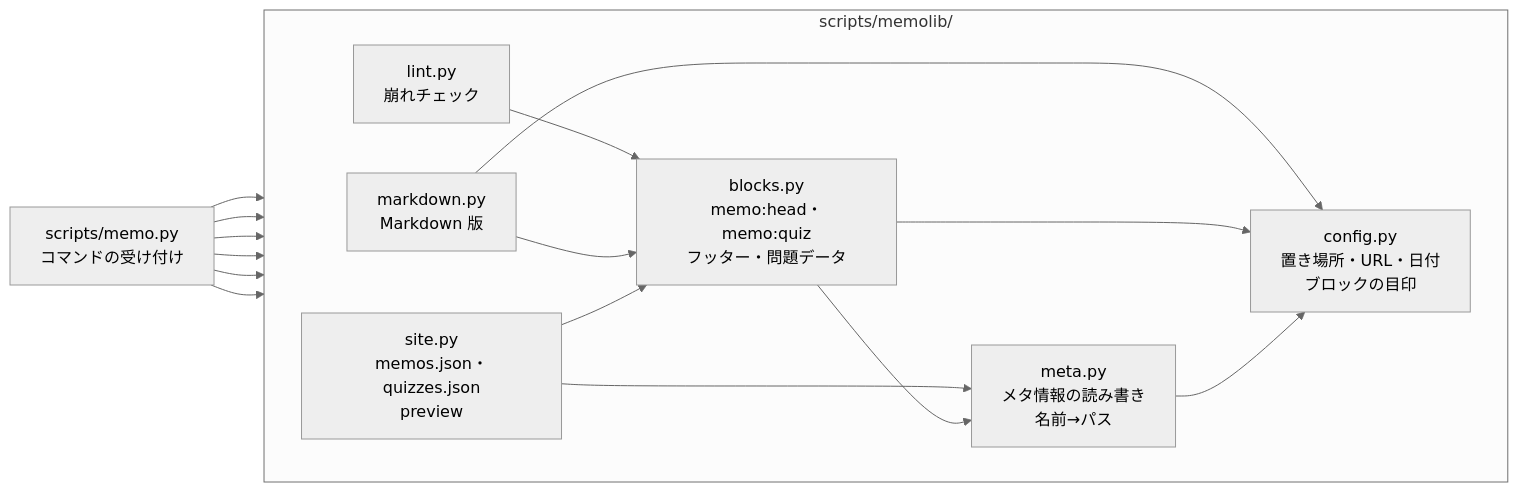
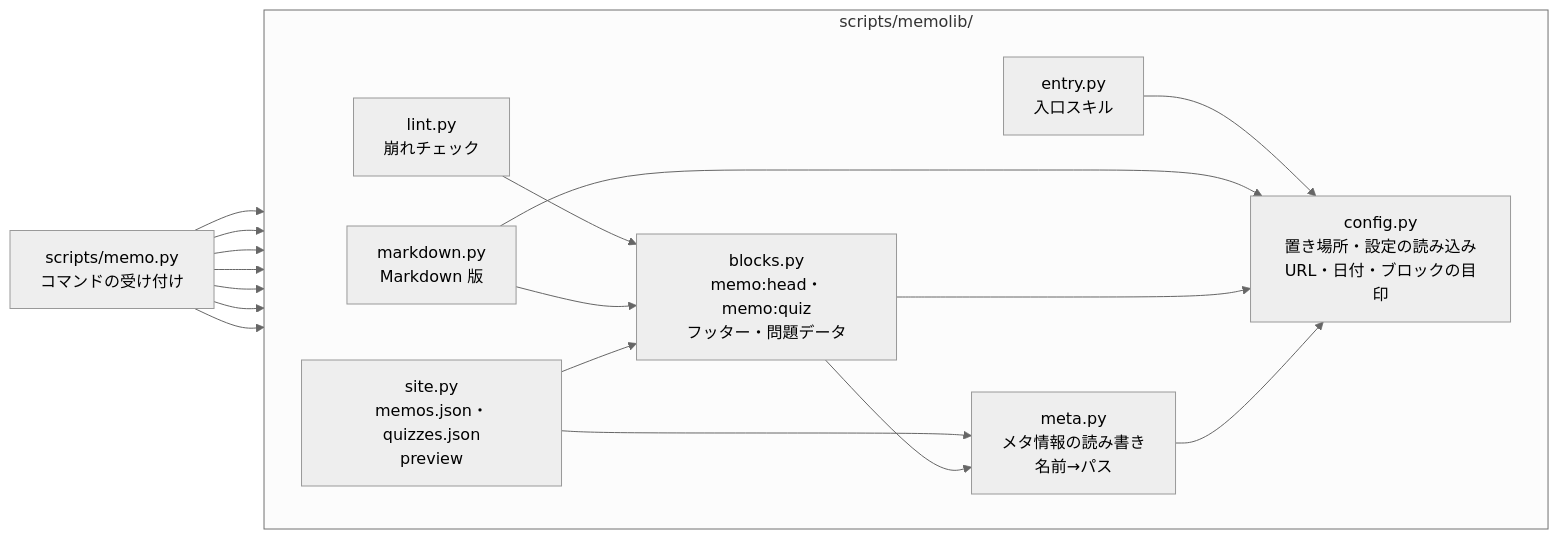
The eighth of 8 diagrams in memo-detail.md (taka1156/memo), drawn with Mermaid (neutral theme) before and after one commit. The commit also changed other lines of this file and 24 other files, not shown here.

````diff
--- a/memo-detail.md
+++ b/memo-detail.md
@@ -376,22 +419,24 @@
 ```mermaid
 flowchart LR
   cli["scripts/memo.py<br/>コマンドの受け付け"]
   subgraph lib["scripts/memolib/"]
     direction LR
-    config["config.py<br/>置き場所・URL・日付<br/>ブロックの目印"]
+    config["config.py<br/>置き場所・設定の読み込み<br/>URL・日付・ブロックの目印"]
+    entry["entry.py<br/>入口スキル"]
     meta["meta.py<br/>メタ情報の読み書き<br/>名前→パス"]
     blocks["blocks.py<br/>memo:head・memo:quiz<br/>フッター・問題データ"]
     lint["lint.py<br/>崩れチェック"]
     md["markdown.py<br/>Markdown 版"]
     site["site.py<br/>memos.json・quizzes.json<br/>preview"]
   end
-  cli --> lint & md & site & meta & blocks & config
+  cli --> lint & md & site & meta & blocks & config & entry
+  entry --> config
   lint --> blocks
   md --> blocks
   site --> blocks
   site --> meta
   blocks --> meta
   md --> config
   blocks --> config
   meta --> config
 ```
````
